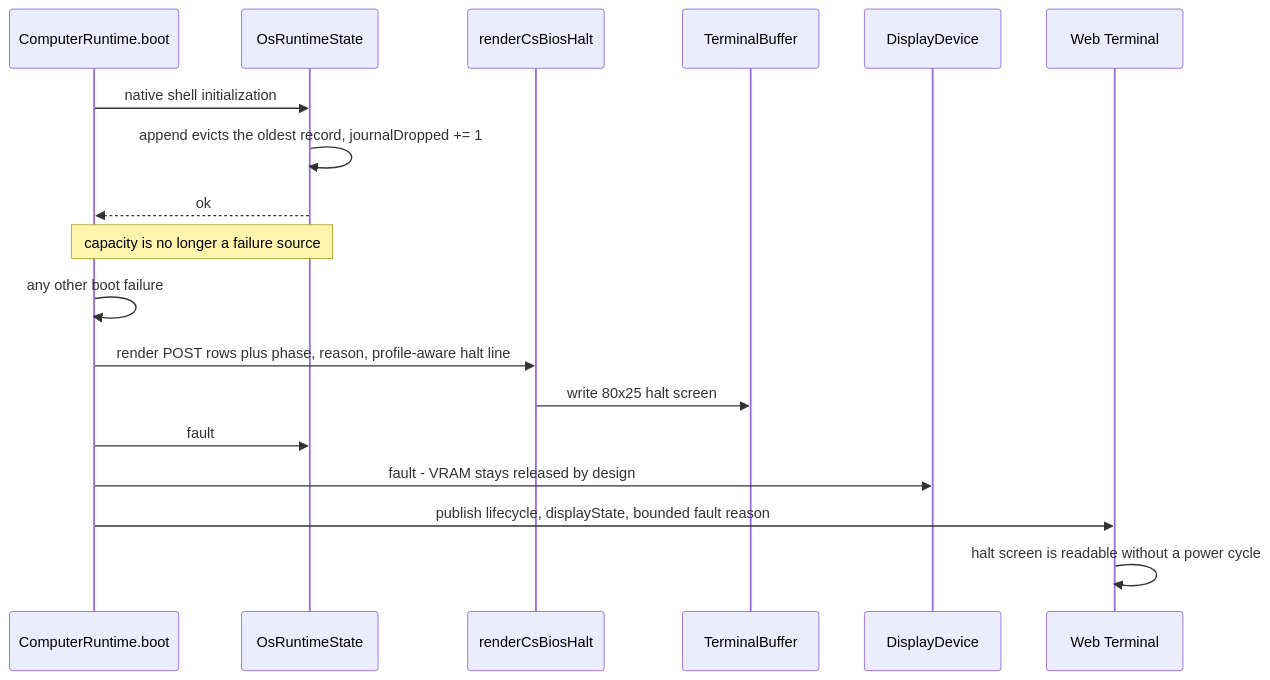
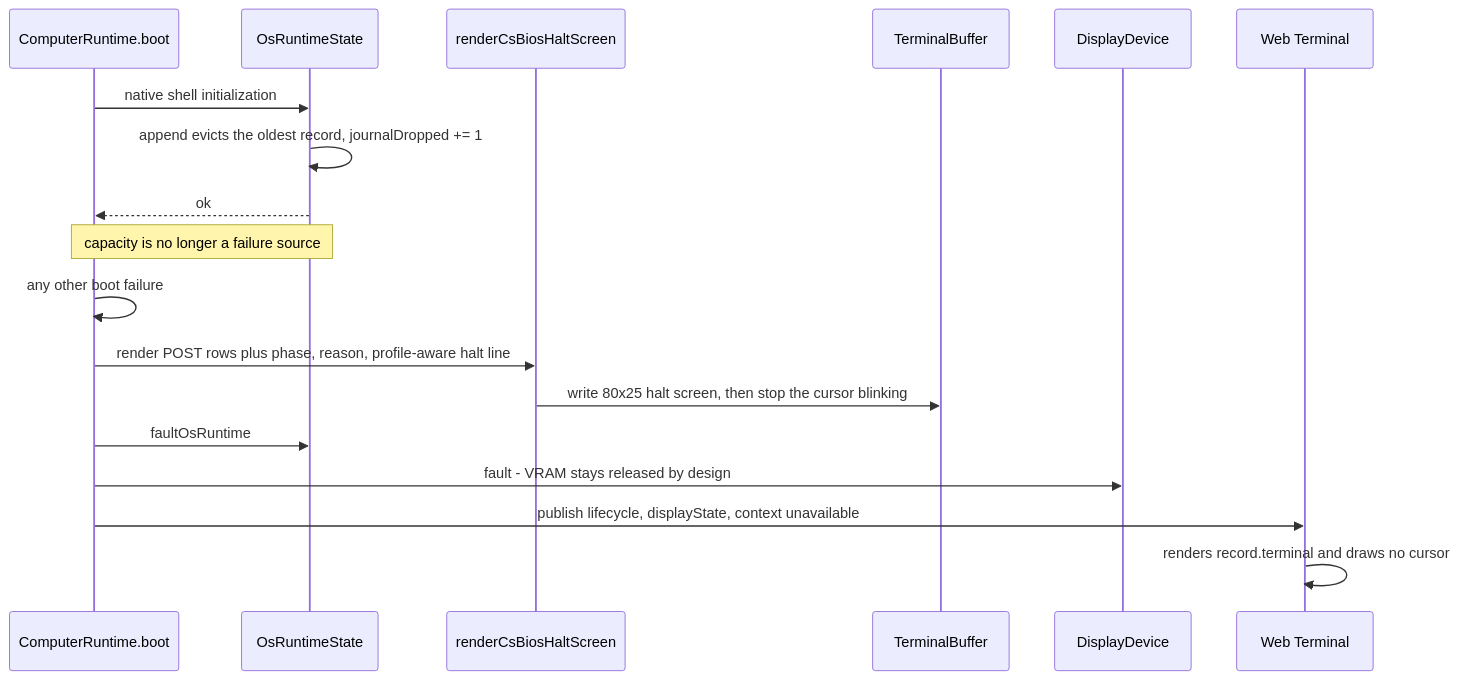
The third of 3 diagrams in docs/issues/issue-112-journal-rotation-boot-visibility.md (tsuyoshi-otake/computer-system), drawn with Mermaid before and after one commit. The commit also changed other lines of this file and 16 other files, not shown here.

````diff
--- a/docs/issues/issue-112-journal-rotation-boot-visibility.md
+++ b/docs/issues/issue-112-journal-rotation-boot-visibility.md
@@ -201,20 +208,20 @@
 ```mermaid
 sequenceDiagram
   participant R as ComputerRuntime.boot
   participant OS as OsRuntimeState
-  participant H as renderCsBiosHalt
+  participant H as renderCsBiosHaltScreen
   participant T as TerminalBuffer
   participant D as DisplayDevice
   participant W as Web Terminal
   R->>OS: native shell initialization
   OS->>OS: append evicts the oldest record, journalDropped += 1
   OS-->>R: ok
   Note over R,OS: capacity is no longer a failure source
   R->>R: any other boot failure
   R->>H: render POST rows plus phase, reason, profile-aware halt line
-  H->>T: write 80x25 halt screen
-  R->>OS: fault
+  H->>T: write 80x25 halt screen, then stop the cursor blinking
+  R->>OS: faultOsRuntime
   R->>D: fault - VRAM stays released by design
-  R->>W: publish lifecycle, displayState, bounded fault reason
-  W->>W: halt screen is readable without a power cycle
+  R->>W: publish lifecycle, displayState, context unavailable
+  W->>W: renders record.terminal and draws no cursor
 ```
````
